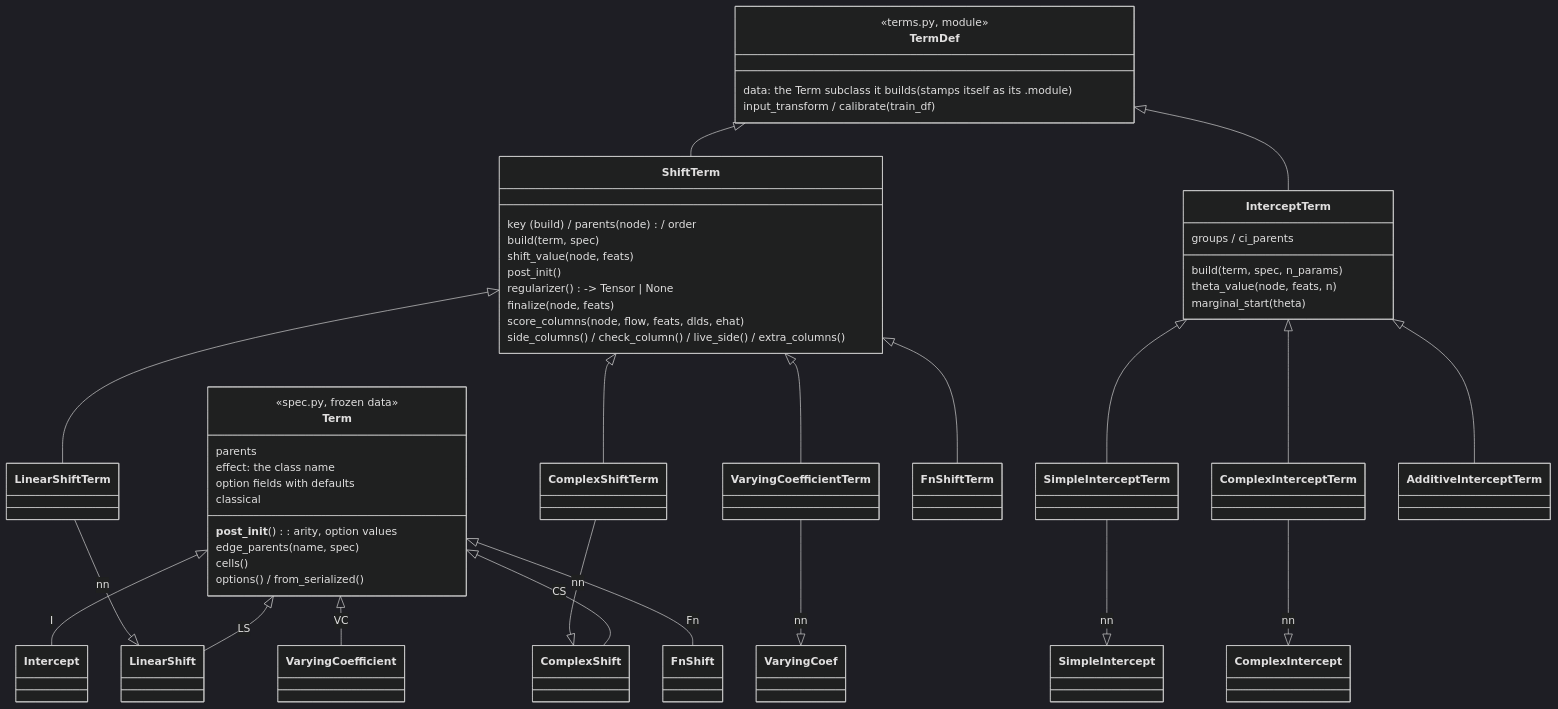
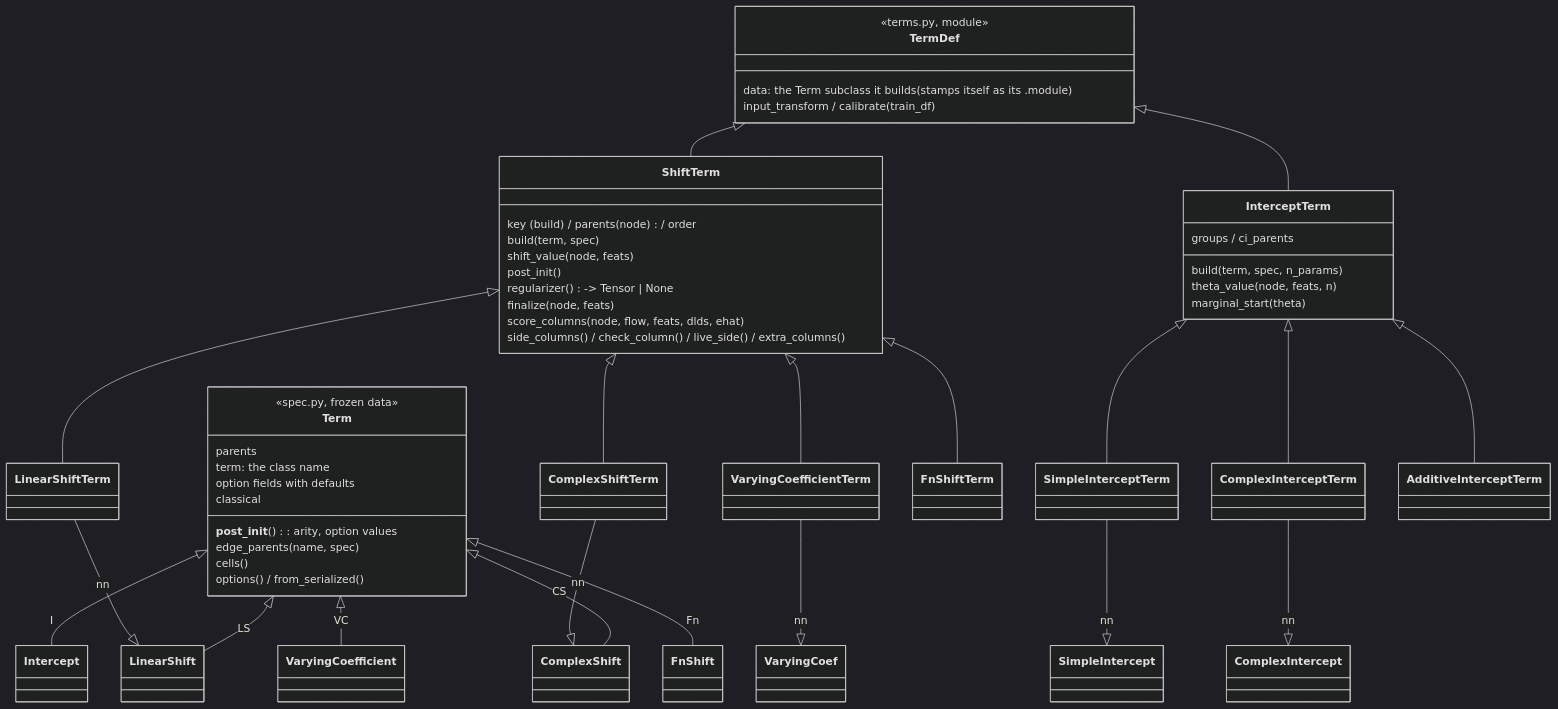
One commit to tensorchiefs/tramdag changed the second of 6 diagrams in docs/architecture.md. Above: the diagram before and after it, drawn with Mermaid (dark theme). The commit also changed other lines of this file and 19 other files, not shown here.

First line of the commit message:
refactor(spec)!: a term serializes as `term:`, not `effect:`

````diff
--- a/docs/architecture.md
+++ b/docs/architecture.md
@@ -50,54 +50,54 @@
 ```mermaid
 classDiagram
     class Term {
         <<spec.py, frozen data>>
         parents
-        effect: the class name
+        term: the class name
         option fields with defaults
         __post_init__(): arity, option values
         edge_parents(name, spec)
         cells()
         classical
         options() / from_serialized()
     }
     Term <|-- Intercept : I
     Term <|-- LinearShift : LS
     Term <|-- ComplexShift : CS
     Term <|-- VaryingCoefficient : VC
     Term <|-- FnShift : Fn
     class TermDef {
         <<terms.py, module>>
         data: the Term subclass it builds (stamps itself as its .module)
         input_transform / calibrate(train_df)
     }
     class ShiftTerm {
         key (build) / parents (node) / order
         build(term, spec)
         shift_value(node, feats)
         post_init()
         regularizer() -> Tensor | None
         finalize(node, feats)
         score_columns(node, flow, feats, dlds, ehat)
         side_columns() / check_column() / live_side() / extra_columns()
     }
     class InterceptTerm {
         groups / ci_parents
         build(term, spec, n_params)
         theta_value(node, feats, n)
         marginal_start(theta)
     }
     TermDef <|-- ShiftTerm
     TermDef <|-- InterceptTerm
     ShiftTerm <|-- LinearShiftTerm
     ShiftTerm <|-- ComplexShiftTerm
     ShiftTerm <|-- VaryingCoefficientTerm
     ShiftTerm <|-- FnShiftTerm
     InterceptTerm <|-- SimpleInterceptTerm
     InterceptTerm <|-- ComplexInterceptTerm
     InterceptTerm <|-- AdditiveInterceptTerm
     LinearShiftTerm --|> LinearShift : nn
     ComplexShiftTerm --|> ComplexShift : nn
     VaryingCoefficientTerm --|> VaryingCoef : nn
     SimpleInterceptTerm --|> SimpleIntercept : nn
     ComplexInterceptTerm --|> ComplexIntercept : nn
 ```
````
